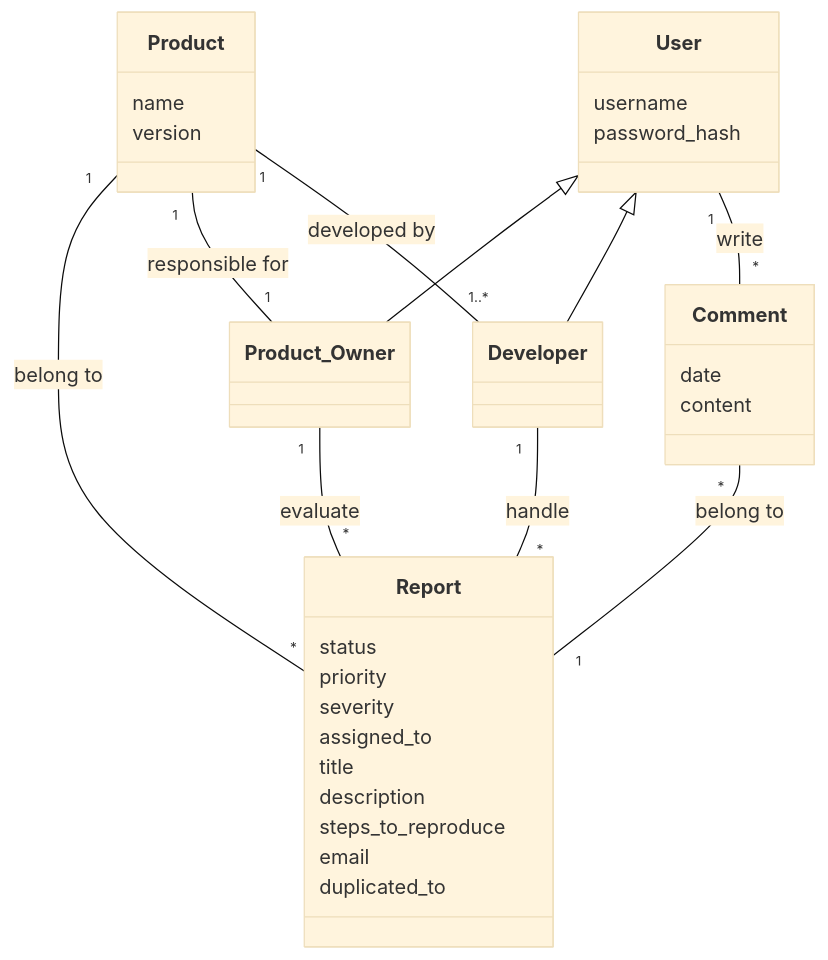
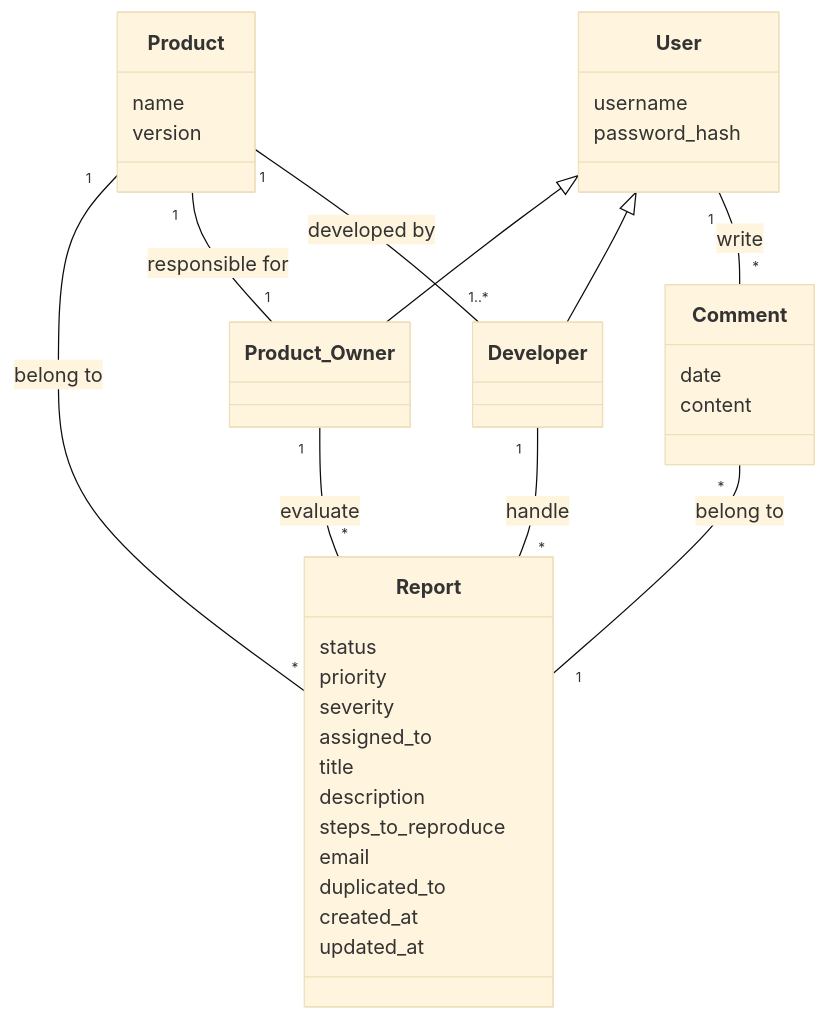
The diagram in README.md (LinChengHao3606307/COMP_3297_Group_G_Project), drawn with Mermaid (base theme) before and after one commit. The commit also changed other lines of this file and 1 other file, not shown here.

````diff
--- a/README.md
+++ b/README.md
@@ -40,47 +42,49 @@
 ```mermaid
 classDiagram
 
     User <|-- Product_Owner 
     User <|-- Developer
     
     Product "1" -- "*" Report : belong to
     Product "1" -- "1" Product_Owner : responsible for
     Product "1" -- "1..*" Developer : developed by
     
     User "1" -- "*" Comment : write
 
     Developer "1" -- "*" Report : handle
     Product_Owner "1" -- "*" Report : evaluate
 
     Comment "*" -- "1" Report : belong to
 
 
     class Product{
         name
         version
     }
 
     class Report{
         status
         priority
         severity
         assigned_to
         title
         description
         steps_to_reproduce
         email
         duplicated_to
+        created_at
+        updated_at
     }
 
     class Comment{
         date
         content
     }
 
     class User{
         username
         password_hash
     }
     
 
 ```
````
